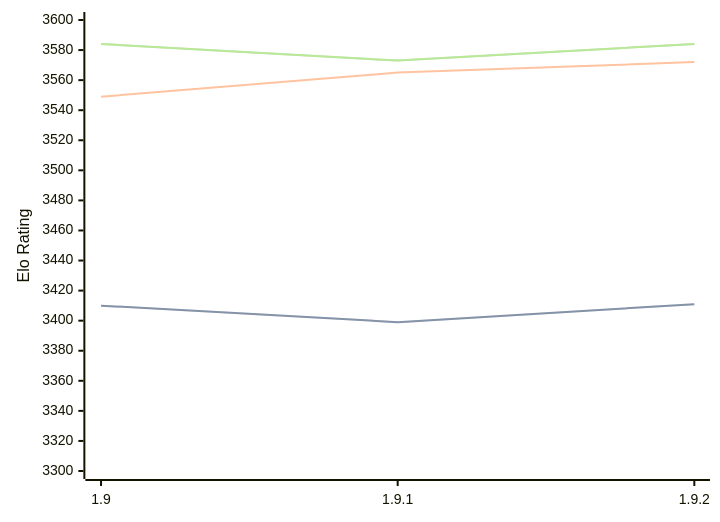
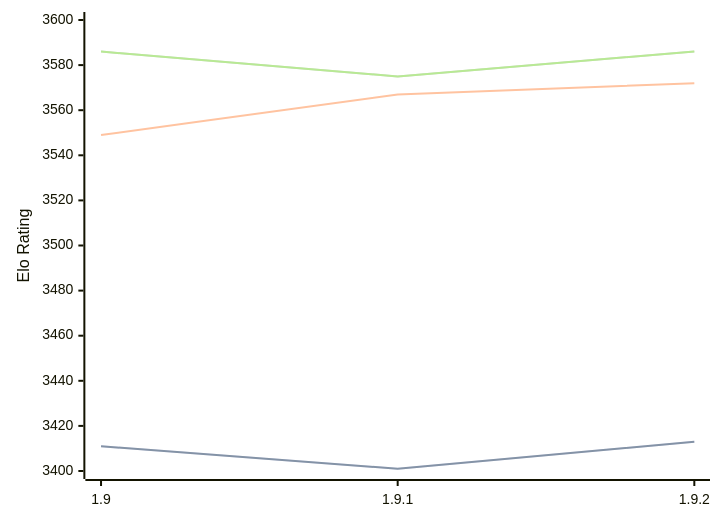
Before and after one commit to computer-chess-index/cci: the diagram in engines/Pawnocchio.md, drawn with Mermaid. The commit also changed other lines of this file, not shown here.

Commit message:
Update CCI Ratings (ELO VLTC) - 2026-04-27

````diff
--- a/engines/Pawnocchio.md
+++ b/engines/Pawnocchio.md
@@ -48,11 +48,11 @@
 ```mermaid
 %%{init: {"theme":"base","themeVariables":{"seriesColors:['#a3a3a3','#222221','#faa371']}}}%%
 xychart-beta
   x-axis ["1.9", "1.9.1", "1.9.2"]
-  y-axis "Elo Rating" 3300 --> 3600
-  line "STC (8.0+0.08s)" [3410, 3399, 3411]
-  line "STC (8.0+0.08s)" [3410, 3399, 3411]
-  line "LTC (60.0+0.60s)" [3549, 3565, 3572]
-  line "VLTC (2m24s+1.12s)" [3584, 3573, 3584]
-  line "VLTC (2m24s+1.12s)" [3584, 3573, 3584]
+  y-axis "Elo Rating" 3400 --> 3600
+  line "STC (8.0+0.08s)" [3411, 3401, 3413]
+  line "STC (8.0+0.08s)" [3411, 3401, 3413]
+  line "LTC (60.0+0.60s)" [3549, 3567, 3572]
+  line "VLTC (2m24s+1.12s)" [3586, 3575, 3586]
+  line "VLTC (2m24s+1.12s)" [3586, 3575, 3586]
 ```
````
